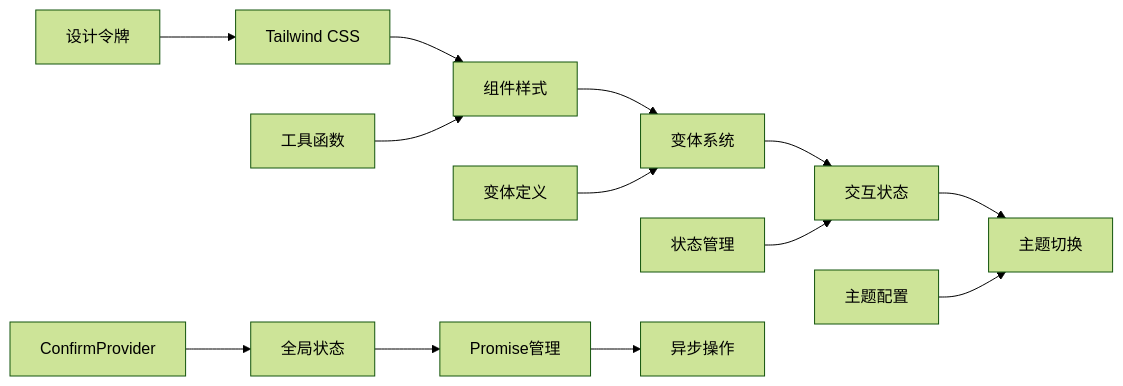
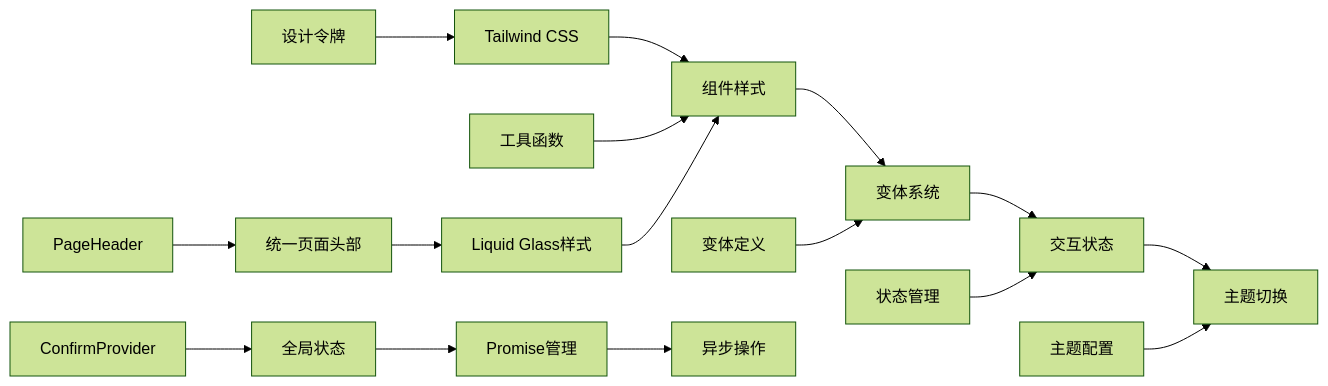
The tenth of 10 diagrams in .qoder/repowiki/zh/content/前端组件/Apple Liquid Glass UI组件系统.md (RadiumAg/AIGate), drawn with Mermaid (forest theme) before and after one commit. The commit also changed other lines of this file and 4 other files, not shown here.

````diff
--- a/.qoder/repowiki/zh/content/前端组件/Apple Liquid Glass UI组件系统.md
+++ b/.qoder/repowiki/zh/content/前端组件/Apple Liquid Glass UI组件系统.md
@@ -566,15 +646,18 @@
 ```mermaid
 flowchart LR
 A[设计令牌] --> B[Tailwind CSS]
 B --> C[组件样式]
 C --> D[变体系统]
 D --> E[交互状态]
 E --> F[主题切换]
 G[工具函数] --> C
 H[变体定义] --> D
 I[状态管理] --> E
 J[主题配置] --> F
 K[ConfirmProvider] --> L[全局状态]
 L --> M[Promise管理]
 M --> N[异步操作]
+O[PageHeader] --> P[统一页面头部]
+P --> Q[Liquid Glass样式]
+Q --> C
 ```
````
